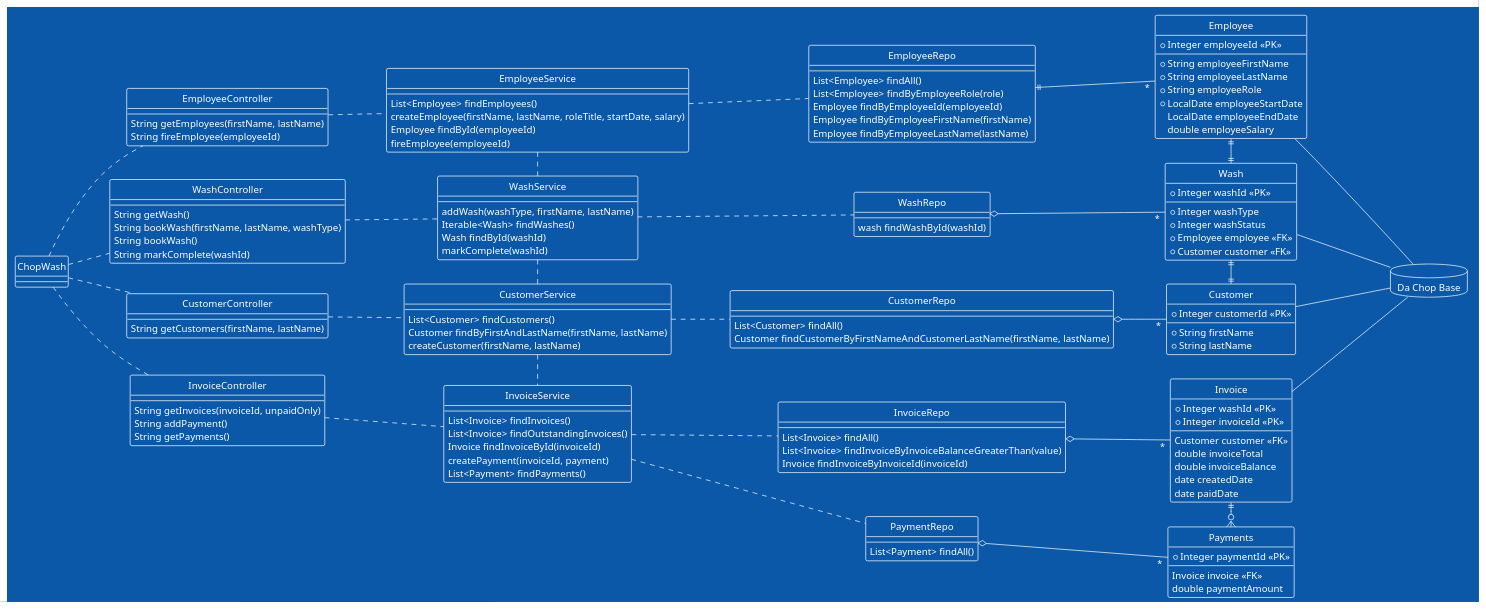
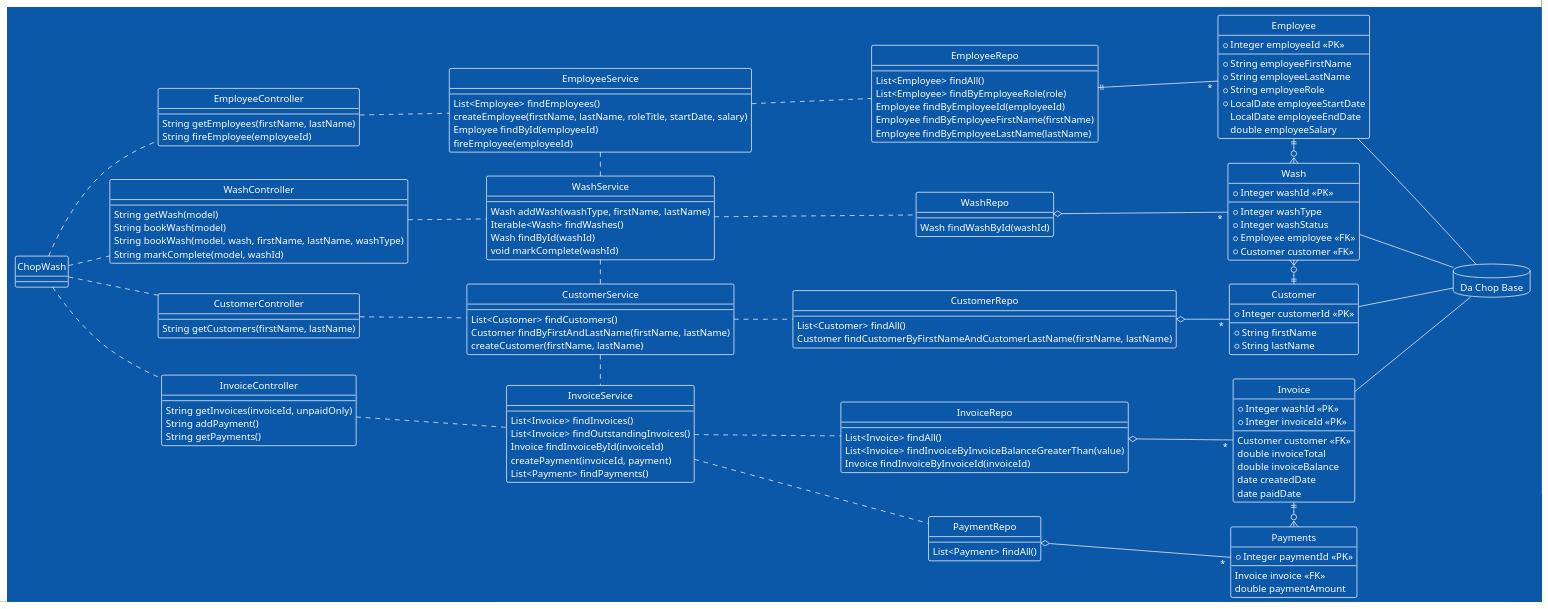
The diagram in docs/chopwashSCD.puml (ehelferty/daCHOPwash-Car-Wash), drawn with PlantUML before and after one commit.

Commit message:
updated SCD Wash thread

```diff
--- a/docs/chopwashSCD.puml
+++ b/docs/chopwashSCD.puml
@@ -1,168 +1,161 @@
 @startuml ChopWash-System-Class-Diagram
 
 left to right direction
 skinparam Style strictuml
 !theme amiga
 
 class ChopWash{}
 database "Da Chop Base"{
-
 }
 
 ' Controllers
 class EmployeeController{
     String getEmployees(firstName, lastName)
     String fireEmployee(employeeId)
 }
 class WashController{
-    String getWash()
-    String bookWash(firstName, lastName, washType)
-    String bookWash()
-    String markComplete(washId)
+    String getWash(model)
+    String bookWash(model)
+    String bookWash(model, wash, firstName, lastName, washType)   
+    String markComplete(model, washId)
 }
 class CustomerController{
     String getCustomers(firstName, lastName)
 }
 class InvoiceController{
     String getInvoices(invoiceId, unpaidOnly)
     String addPayment()
     String getPayments()
 }
-
 
 ' Services
 class EmployeeService{
     List<Employee> findEmployees()
     createEmployee(firstName, lastName, roleTitle, startDate, salary)
     Employee findById(employeeId)
     fireEmployee(employeeId)
 }
 class CustomerService{
     List<Customer> findCustomers()
     Customer findByFirstAndLastName(firstName, lastName)
     createCustomer(firstName, lastName)
 }
 class WashService{
-    addWash(washType, firstName, lastName)
+    Wash addWash(washType, firstName, lastName)
     Iterable<Wash> findWashes()
     Wash findById(washId)
-    markComplete(washId)
+    void markComplete(washId)
 }
 class InvoiceService{
     List<Invoice> findInvoices()
     List<Invoice> findOutstandingInvoices()
     Invoice findInvoiceById(invoiceId)
     createPayment(invoiceId, payment)
     List<Payment> findPayments()
 }
-
 
 'Repos
 class EmployeeRepo{
     List<Employee> findAll()
     List<Employee> findByEmployeeRole(role)
     Employee findByEmployeeId(employeeId)
     Employee findByEmployeeFirstName(firstName)
     Employee findByEmployeeLastName(lastName)
 }
 class CustomerRepo{
     List<Customer> findAll()
     Customer findCustomerByFirstNameAndCustomerLastName(firstName, lastName)
 }
 class WashRepo{
-    wash findWashById(washId)
+    Wash findWashById(washId)
 }
 class InvoiceRepo{
     List<Invoice> findAll()
     List<Invoice> findInvoiceByInvoiceBalanceGreaterThan(value)
     Invoice findInvoiceByInvoiceId(invoiceId)
 }
 class PaymentRepo{
     List<Payment> findAll()
 }
-
-
 
 'Entities
 entity Customer{
     *Integer customerId <<PK>>
     --
     *String firstName
     *String lastName
 }
 entity Employee{
    *Integer employeeId <<PK>>
    --
     *String employeeFirstName
     *String employeeLastName 
     *String employeeRole
     *LocalDate employeeStartDate
     LocalDate employeeEndDate
     double employeeSalary
 }
 entity Invoice {
     *Integer washId <<PK>>
     *Integer invoiceId <<PK>>
     --
     Customer customer <<FK>>
     double invoiceTotal
     double invoiceBalance
     date createdDate
     date paidDate
 }
 entity Wash{
     *Integer washId <<PK>>
     --
     *Integer washType
     *Integer washStatus 
     *Employee employee <<FK>>
     *Customer customer <<FK>>
 }
 
 entity Payments{
     *Integer paymentId <<PK>>
     --
     Invoice invoice <<FK>>
     double paymentAmount
 }
 
-
 ' Relationships
 ChopWash .. EmployeeController
 ChopWash .. CustomerController
 ChopWash .. WashController
 ChopWash .. InvoiceController
 
 EmployeeController .. EmployeeService
 CustomerController .. CustomerService
 WashController .. WashService
 InvoiceController .. InvoiceService
 
 EmployeeService .. EmployeeRepo
 CustomerService .. CustomerRepo
 WashService .. WashRepo
 InvoiceService .. InvoiceRepo
 InvoiceService .. PaymentRepo
 
 EmployeeRepo ||--"*" Employee
 CustomerRepo o--"*" Customer
 InvoiceRepo o--"*" Invoice
 PaymentRepo o--"*" Payments
 WashRepo o--"*" Wash
 
-
 Invoice ||-o{ Payments
 
-Wash ||-|| Customer
-Employee ||-|| Wash
+Employee ||-o{ Wash
+Wash }o-|| Customer
 
 EmployeeService . WashService
 WashService . CustomerService
 CustomerService . InvoiceService
 
 Employee --- "Da Chop Base"
 Customer --- "Da Chop Base"
 Wash --- "Da Chop Base"
 Invoice --- "Da Chop Base"
 
 @enduml
```
